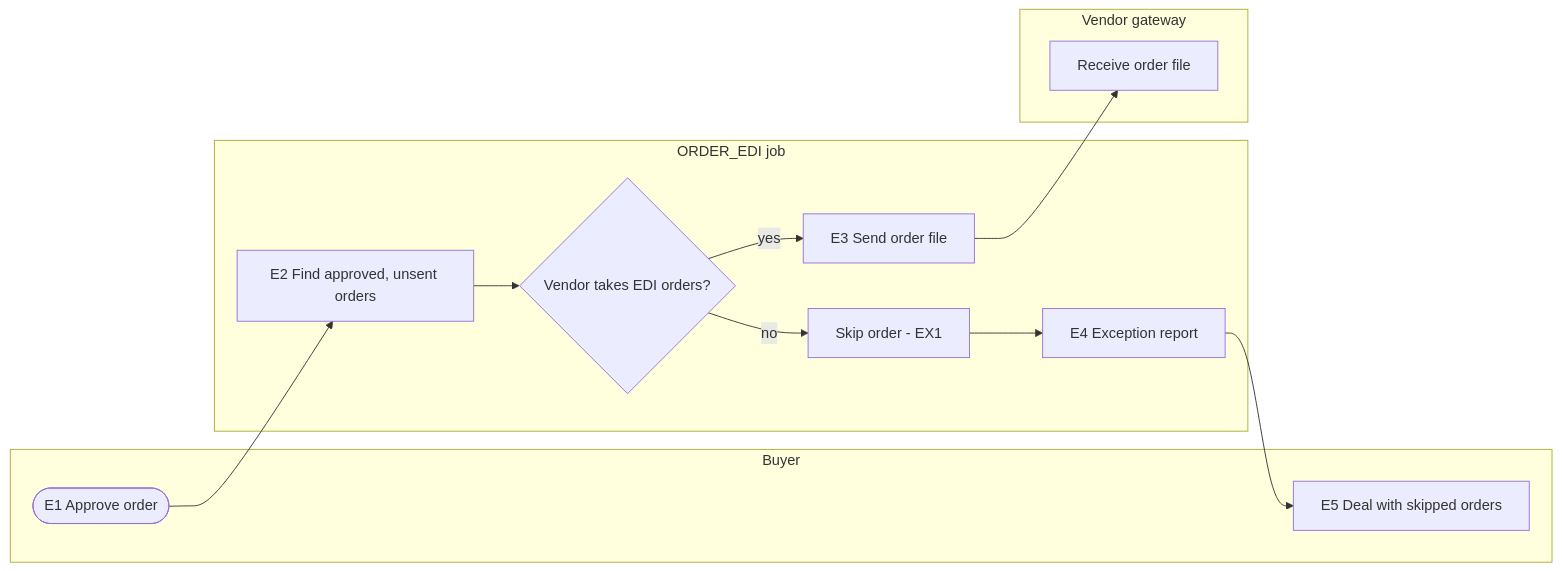
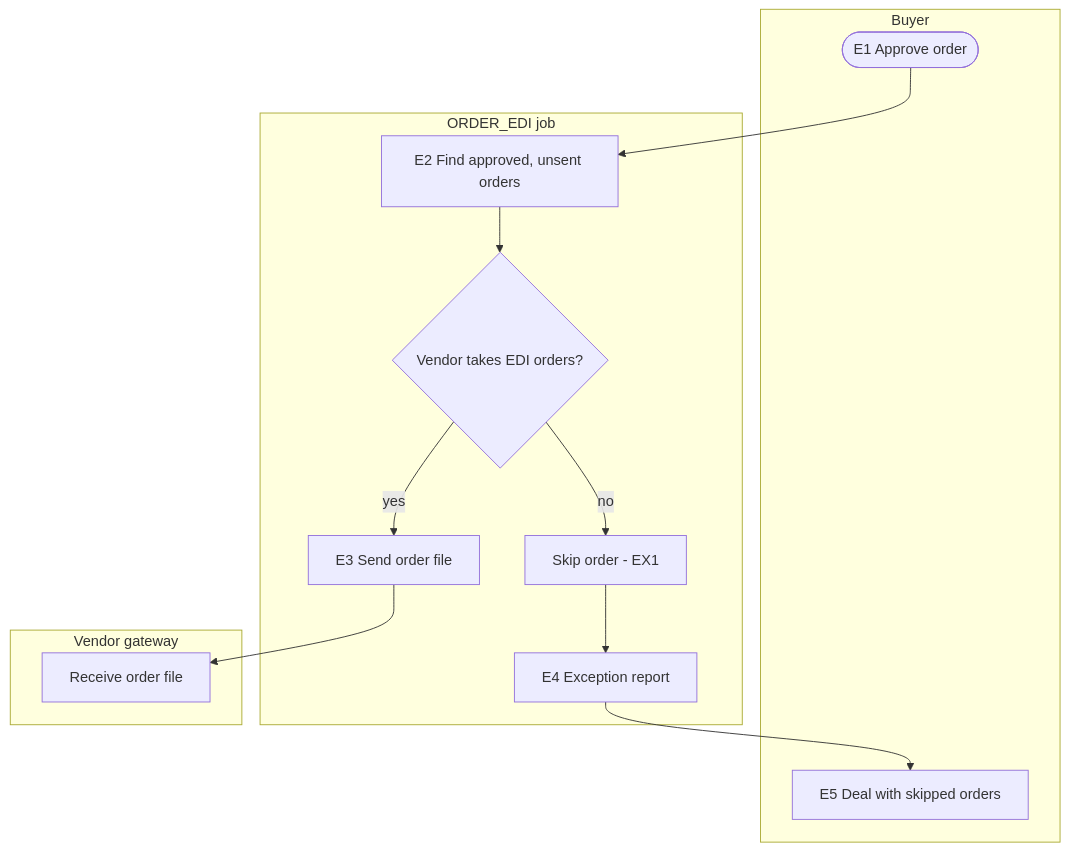
One commit to Loneranger001/software_engineer_stack changed the diagram in templates/fdd.md. Above: the diagram before and after it, drawn with Mermaid. The commit also changed 4 other files, not shown here.

First line of the commit message:
Worked FDD example in the 0.20.0 format; top-down lane diagram

````diff
--- a/templates/fdd.md
+++ b/templates/fdd.md
@@ -148,19 +148,19 @@
 ```mermaid
-flowchart LR
+flowchart TD
     subgraph BUYER [Buyer]
         E1([E1 Approve order])
         E5[E5 Deal with skipped orders]
     end
     subgraph JOB [ORDER_EDI job]
         E2[E2 Find approved, unsent orders] --> D{Vendor takes EDI orders?}
         D -- yes --> E3[E3 Send order file]
         D -- no --> X[Skip order - EX1]
         X --> E4[E4 Exception report]
     end
     subgraph GATEWAY [Vendor gateway]
         G[Receive order file]
     end
     E1 --> E2
     E3 --> G
     E4 --> E5
 ```
````
